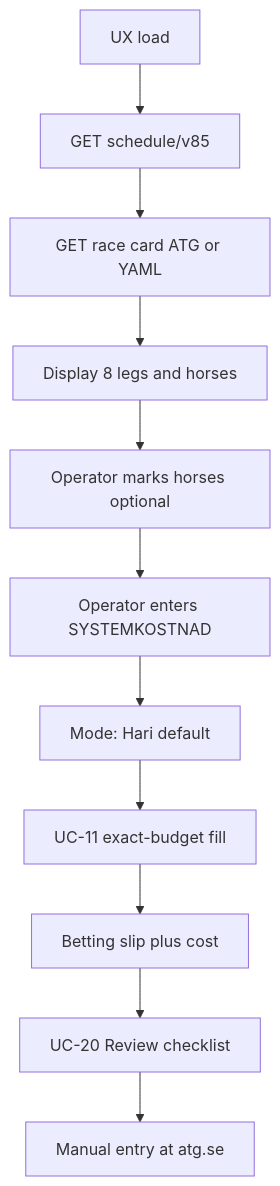
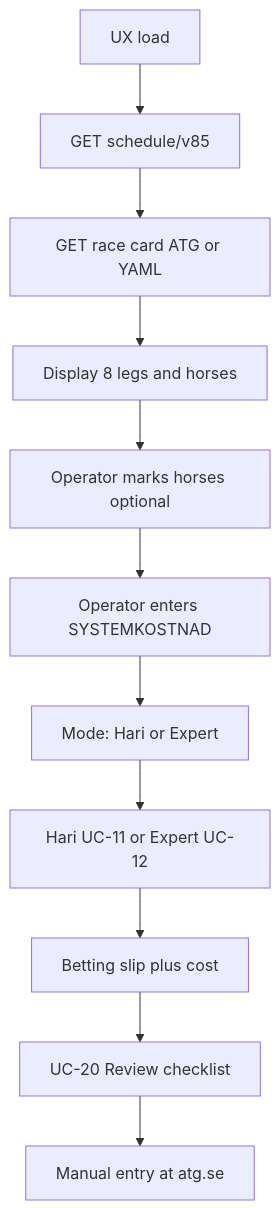
One commit to jonasornstein/VAI changed the diagram in docs/requirements/ux-workflow.md. Above: the diagram before and after it, drawn with Mermaid. The commit also changed other lines of this file and 29 other files, not shown here.

First line of the commit message:
release: v1.3.0 Expert mode (betslip catalog)

````diff
--- a/docs/requirements/ux-workflow.md
+++ b/docs/requirements/ux-workflow.md
@@ -21,13 +21,13 @@
 ```mermaid
 flowchart TD
   load[UX load] --> schedule[GET schedule/v85]
   schedule --> card[GET race card ATG or YAML]
   card --> showLegs[Display 8 legs and horses]
   showLegs --> pickHorses[Operator marks horses optional]
   pickHorses --> stake[Operator enters SYSTEMKOSTNAD]
-  stake --> mode[Mode: Hari default]
-  mode --> runModel[UC-11 exact-budget fill]
+  stake --> mode[Mode: Hari or Expert]
+  mode --> runModel[Hari UC-11 or Expert UC-12]
   runModel --> slip[Betting slip plus cost]
   slip --> review[UC-20 Review checklist]
   review --> atg[Manual entry at atg.se]
 ```
````
